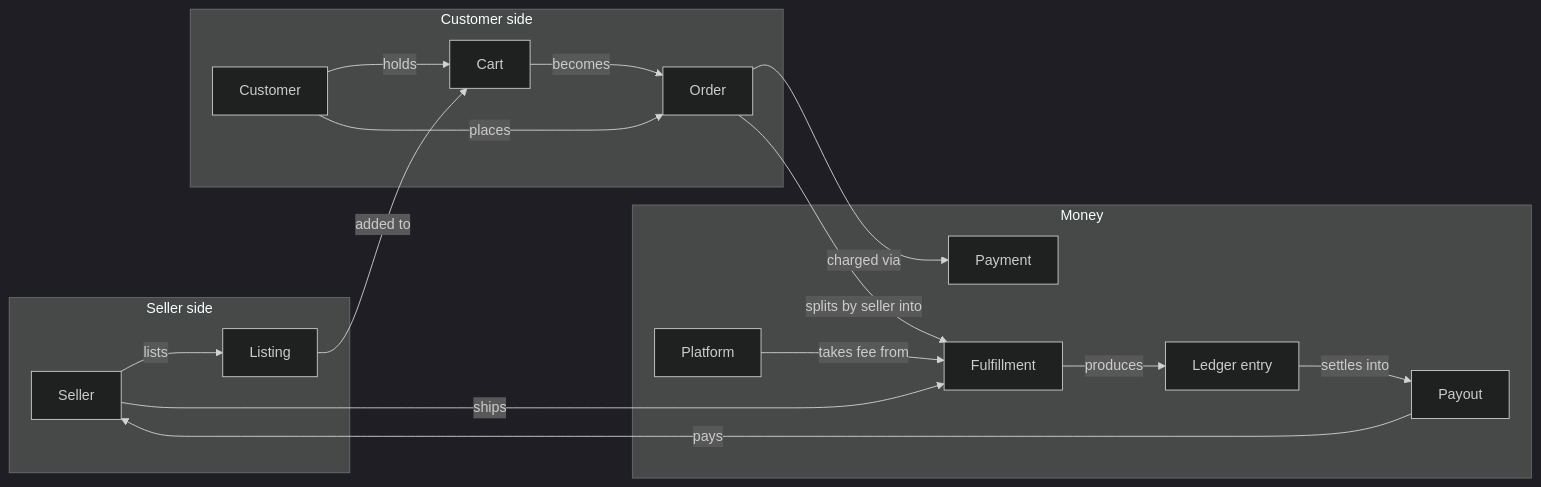
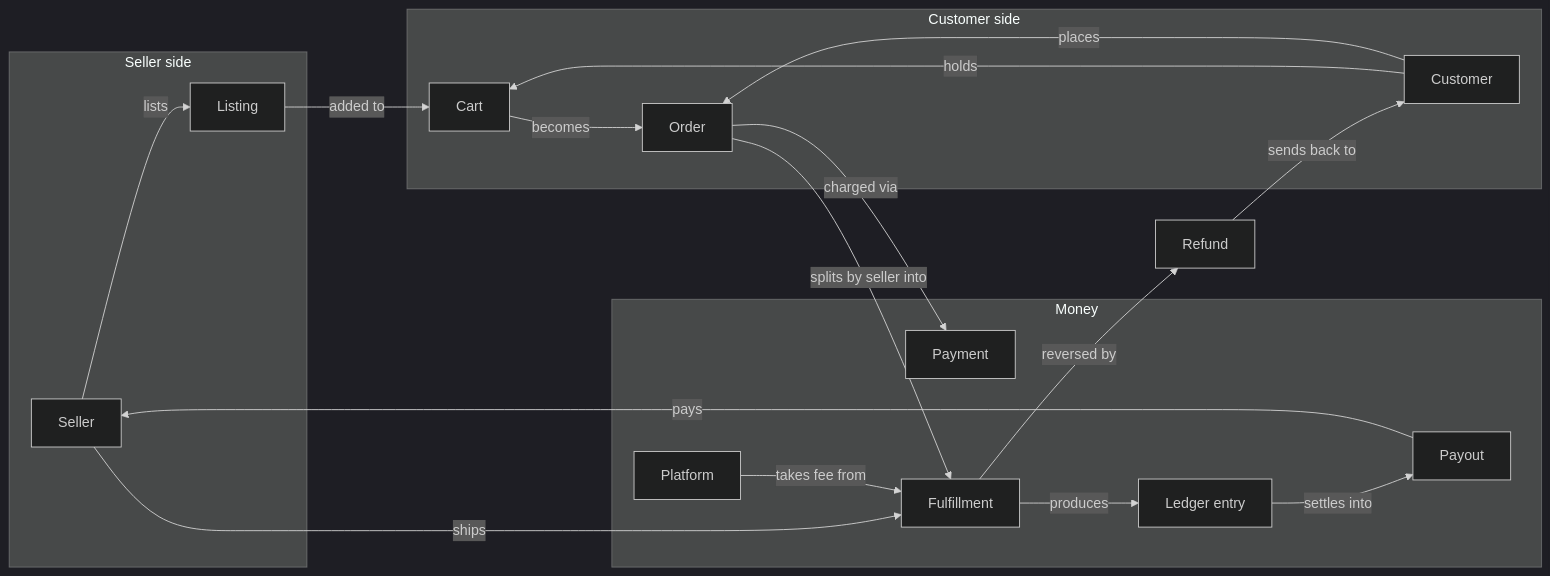
Before and after one commit to jonathan-beebe/art-store: the diagram in prototype/rails/docs/ontology.md, drawn with Mermaid (dark theme). The commit also changed other lines of this file and 318 other files, not shown here.

````diff
--- a/prototype/rails/docs/ontology.md
+++ b/prototype/rails/docs/ontology.md
@@ -14,32 +14,34 @@
 ```mermaid
 flowchart LR
     subgraph sellerSide["Seller side"]
         seller["Seller"]
         listing["Listing"]
     end
     subgraph customerSide["Customer side"]
         customer["Customer"]
         cart["Cart"]
         order["Order"]
     end
     subgraph moneySide["Money"]
         platform["Platform"]
         payment["Payment"]
         fulfillment["Fulfillment"]
         ledger["Ledger entry"]
         payout["Payout"]
     end
 
     seller -->|"lists"| listing
     listing -->|"added to"| cart
     customer -->|"holds"| cart
     cart -->|"becomes"| order
     customer -->|"places"| order
     order -->|"charged via"| payment
     order -->|"splits by seller into"| fulfillment
     seller -->|"ships"| fulfillment
     fulfillment -->|"produces"| ledger
     platform -->|"takes fee from"| fulfillment
     ledger -->|"settles into"| payout
     payout -->|"pays"| seller
+    fulfillment -->|"reversed by"| refund["Refund"]
+    refund -->|"sends back to"| customer
 ```
````
